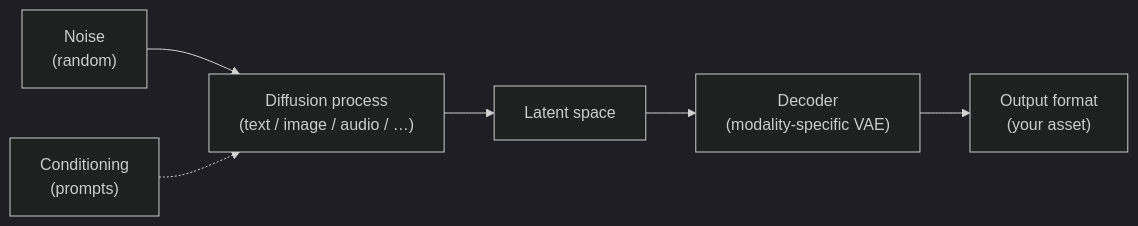
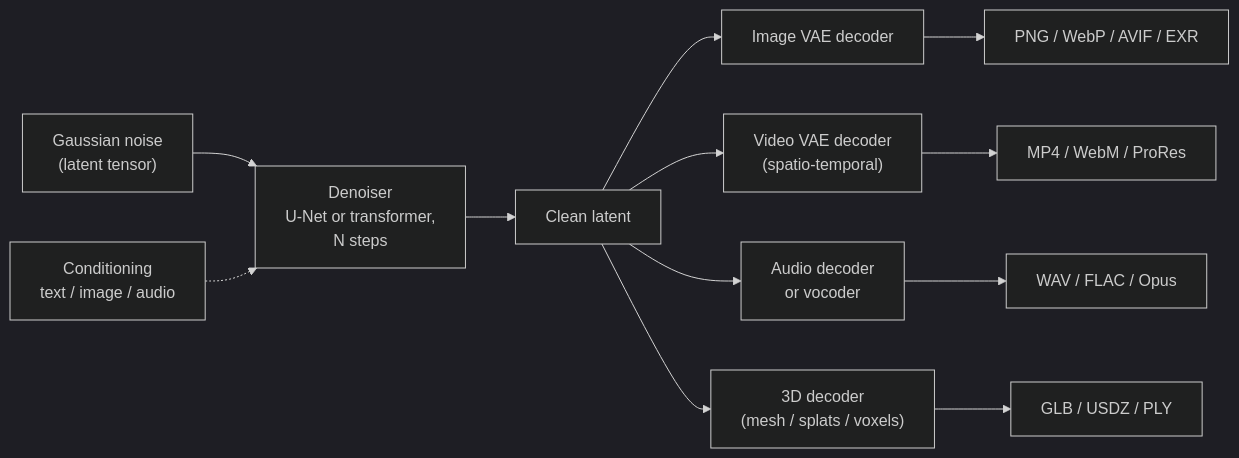
Before and after one commit to AndrewAltimit/Documentation: the first of 4 diagrams in github-pages/docs/ai-ml/output-formats.md, drawn with Mermaid (dark theme). The commit also changed other lines of this file and 240 other files, not shown here.

````diff
--- a/github-pages/docs/ai-ml/output-formats.md
+++ b/github-pages/docs/ai-ml/output-formats.md
@@ -37,8 +19,10 @@
 ```mermaid
 flowchart LR
-    Noise["Noise<br/>(random)"] --> Diff["Diffusion process<br/>(text / image / audio / …)"]
-    Cond["Conditioning<br/>(prompts)"] -.-> Diff
-    Diff --> Latent["Latent space"]
-    Latent --> Dec["Decoder<br/>(modality-specific VAE)"]
-    Dec --> Out["Output format<br/>(your asset)"]
+    N["Gaussian noise<br/>(latent tensor)"] --> D["Denoiser<br/>U-Net or transformer,<br/>N steps"]
+    C["Conditioning<br/>text / image / audio"] -.-> D
+    D --> Z["Clean latent"]
+    Z --> I["Image VAE decoder"] --> IO["PNG / WebP / AVIF / EXR"]
+    Z --> V["Video VAE decoder<br/>(spatio-temporal)"] --> VO["MP4 / WebM / ProRes"]
+    Z --> A["Audio decoder<br/>or vocoder"] --> AO["WAV / FLAC / Opus"]
+    Z --> G["3D decoder<br/>(mesh / splats / voxels)"] --> GO["GLB / USDZ / PLY"]
 ```
````
